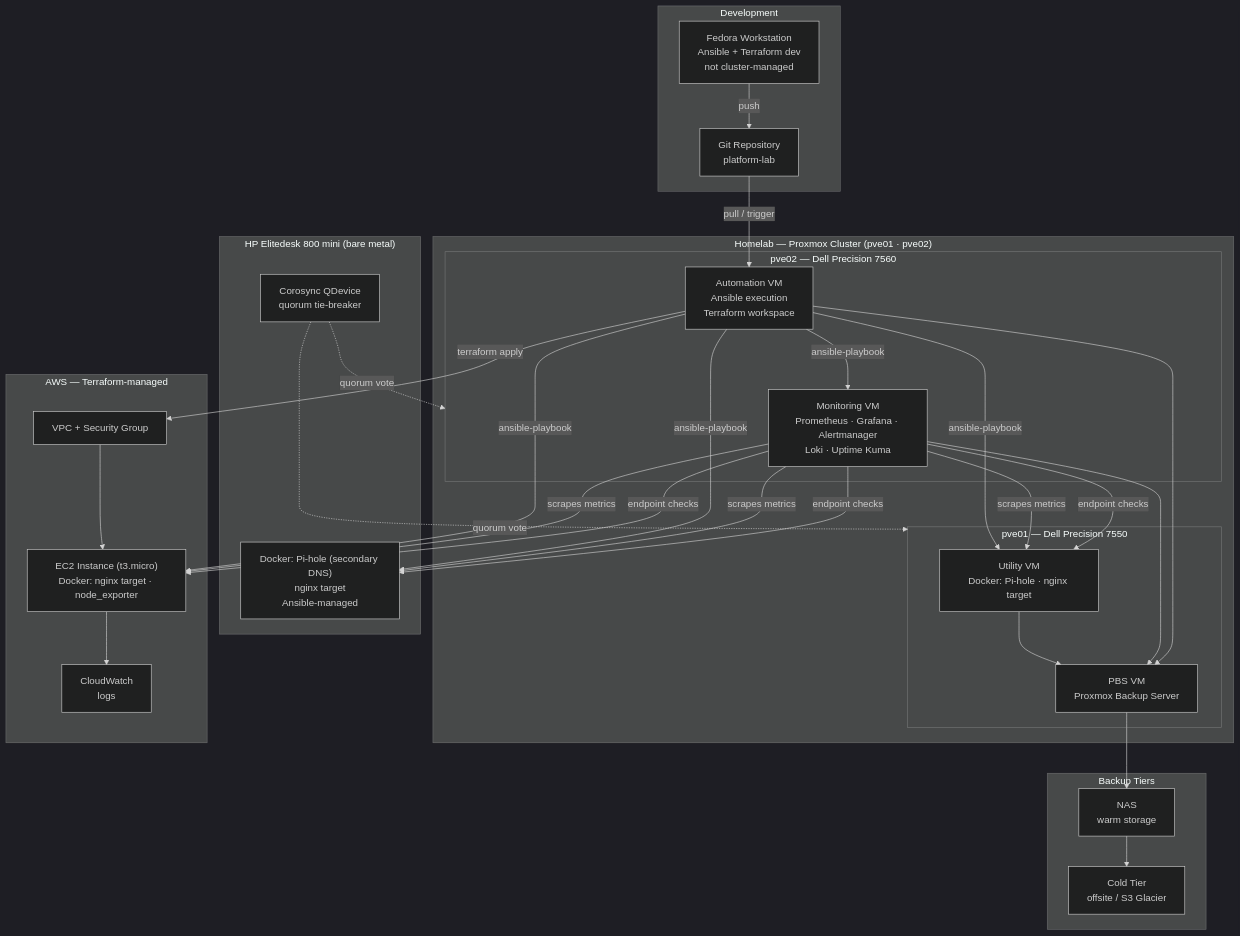
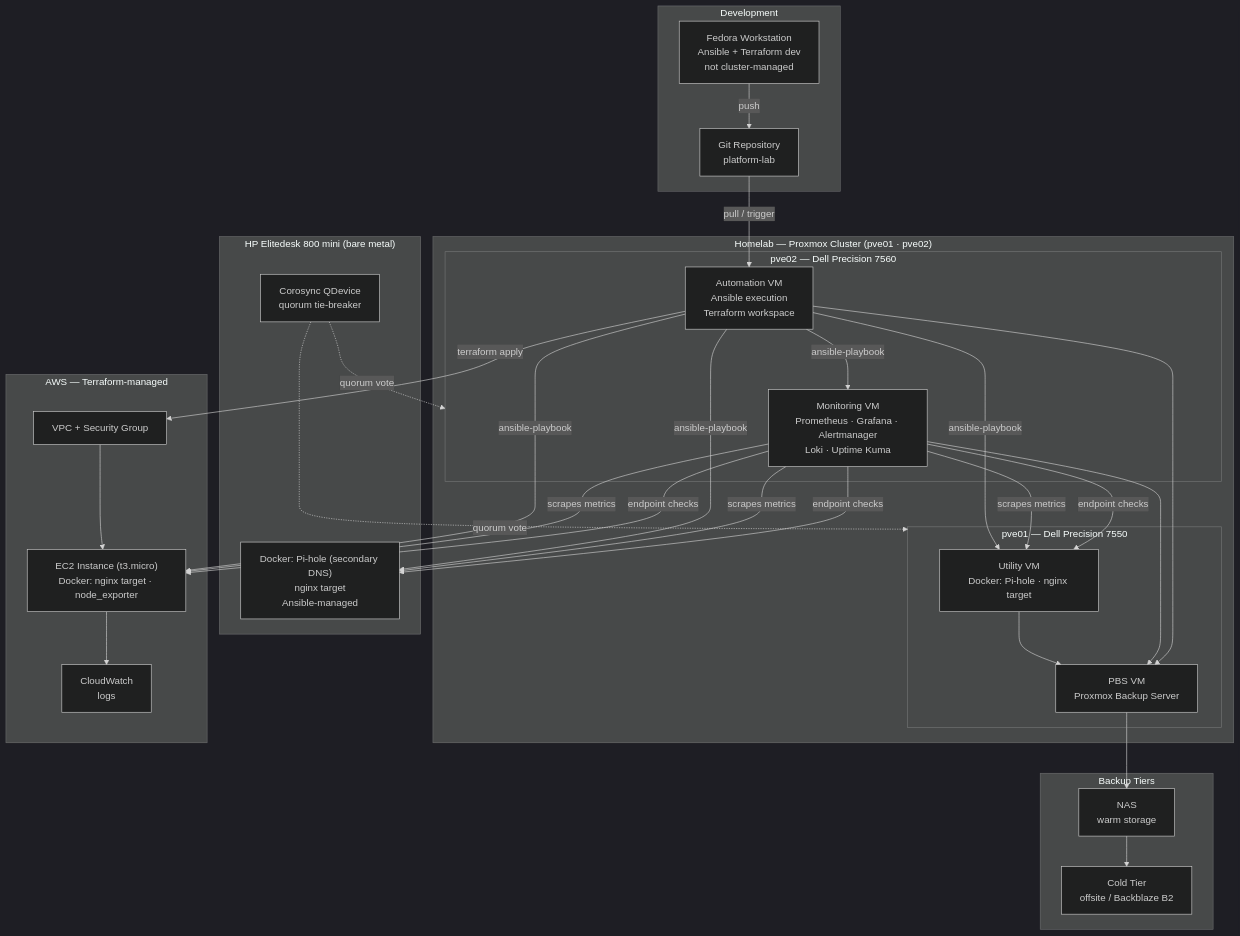
One commit to alashe/platform-lab changed the first of 6 diagrams in docs/architecture/platform-diagram.md. Above: the diagram before and after it, drawn with Mermaid (dark theme). The commit also changed other lines of this file and 8 other files, not shown here.

````diff
--- a/docs/architecture/platform-diagram.md
+++ b/docs/architecture/platform-diagram.md
@@ -7,60 +7,60 @@
 ```mermaid
 flowchart TD
   subgraph Dev["Development"]
     FED["Fedora Workstation\nAnsible + Terraform dev\nnot cluster-managed"]
     GIT["Git Repository\nplatform-lab"]
   end
 
   subgraph Proxmox["Homelab — Proxmox Cluster (pve01 · pve02)"]
     subgraph pve01["pve01 — Dell Precision 7550"]
       UVM["Utility VM\nDocker: Pi-hole · nginx target"]
       PBS["PBS VM\nProxmox Backup Server"]
     end
     subgraph pve02["pve02 — Dell Precision 7560"]
       MVM["Monitoring VM\nPrometheus · Grafana · Alertmanager\nLoki · Uptime Kuma"]
       AVM["Automation VM\nAnsible execution\nTerraform workspace"]
     end
   end
 
   subgraph EliteDesk["HP Elitedesk 800 mini (bare metal)"]
     QD["Corosync QDevice\nquorum tie-breaker"]
     BM["Docker: Pi-hole (secondary DNS)\nnginx target\nAnsible-managed"]
   end
 
   subgraph Storage["Backup Tiers"]
     NAS["NAS\nwarm storage"]
-    COLD["Cold Tier\noffsite / S3 Glacier"]
+    COLD["Cold Tier\noffsite / Backblaze B2"]
   end
 
   subgraph AWS["AWS — Terraform-managed"]
     VPC["VPC + Security Group"]
     EC2["EC2 Instance (t3.micro)\nDocker: nginx target · node_exporter"]
     CW["CloudWatch\nlogs"]
   end
 
   FED -->|"push"| GIT
   GIT -->|"pull / trigger"| AVM
   AVM -->|"ansible-playbook"| UVM
   AVM -->|"ansible-playbook"| MVM
   AVM -->|"ansible-playbook"| BM
   AVM -->|"ansible-playbook"| EC2
   AVM -->|"terraform apply"| VPC
 
   MVM -->|"scrapes metrics"| UVM
   MVM -->|"scrapes metrics"| BM
   MVM -->|"scrapes metrics"| EC2
   MVM -->|"endpoint checks"| UVM
   MVM -->|"endpoint checks"| BM
   MVM -->|"endpoint checks"| EC2
 
   EC2 --> CW
   VPC --> EC2
 
   UVM --> PBS
   MVM --> PBS
   AVM --> PBS
   PBS --> NAS --> COLD
 
   QD -.->|"quorum vote"| pve01
   QD -.->|"quorum vote"| pve02
 ```
````
